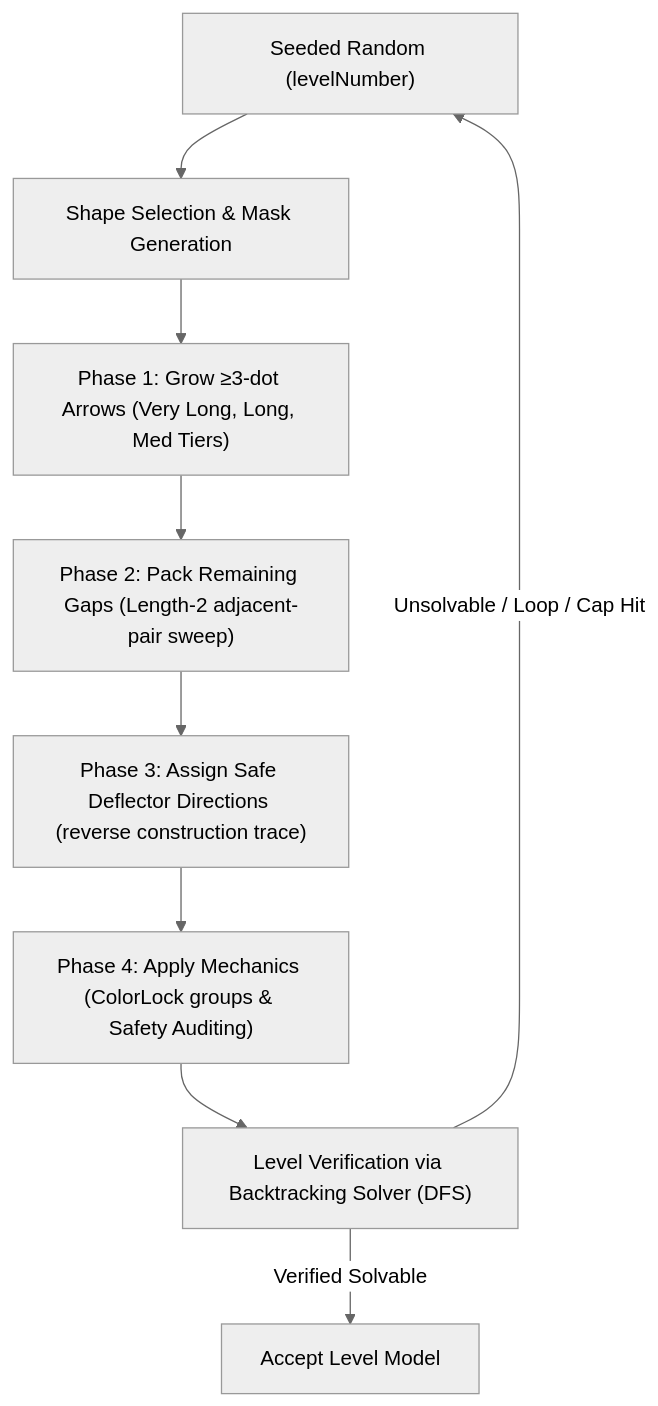
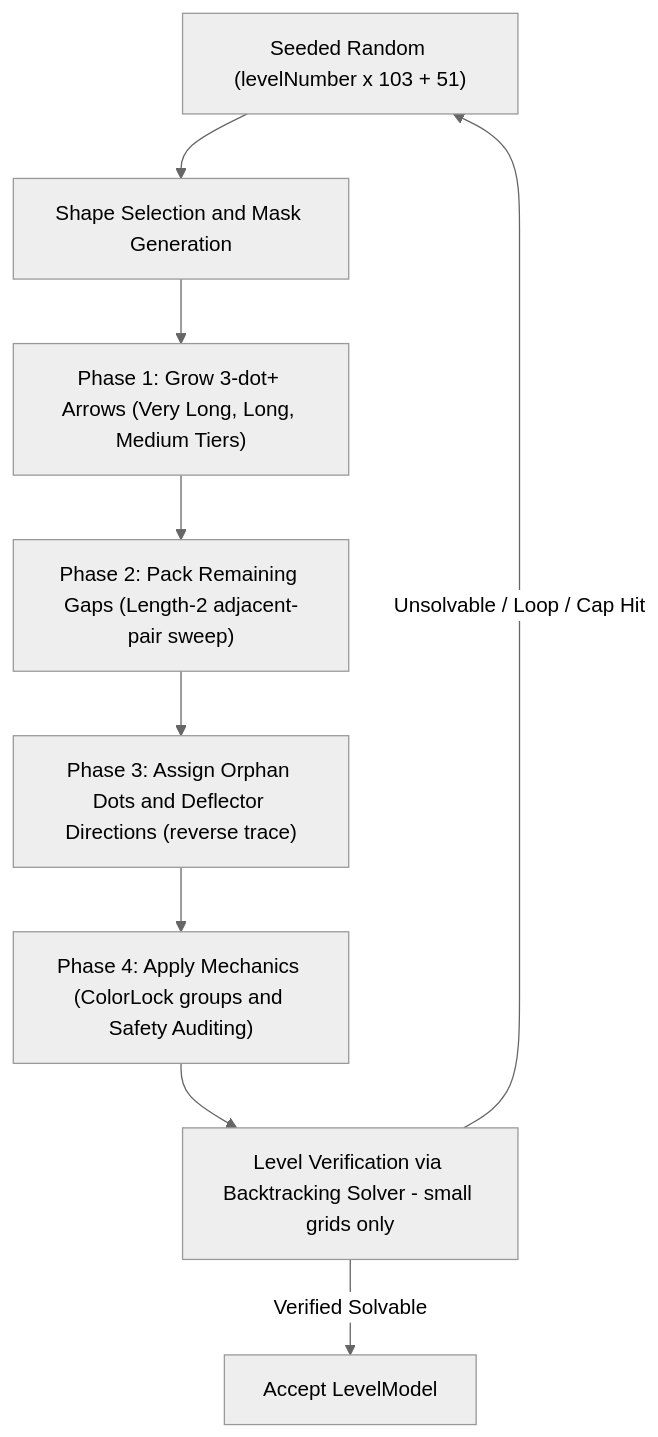
The diagram in README.md (gtxPrime/arrow-escape), drawn with Mermaid (neutral theme) before and after one commit. The commit also changed other lines of this file, not shown here.

First line of the commit message:
docs(readme): comprehensive rewrite with full mechanics, formulas & install guides

````diff
--- a/README.md
+++ b/README.md
@@ -102,11 +360,11 @@
 ```mermaid
 graph TD
-    A["Seeded Random (levelNumber)"] --> B["Shape Selection & Mask Generation"]
-    B --> C["Phase 1: Grow ≥3-dot Arrows (Very Long, Long, Med Tiers)"]
+    A["Seeded Random (levelNumber x 103 + 51)"] --> B["Shape Selection and Mask Generation"]
+    B --> C["Phase 1: Grow 3-dot+ Arrows (Very Long, Long, Medium Tiers)"]
     C --> D["Phase 2: Pack Remaining Gaps (Length-2 adjacent-pair sweep)"]
-    D --> E["Phase 3: Assign Safe Deflector Directions (reverse construction trace)"]
-    E --> F["Phase 4: Apply Mechanics (ColorLock groups & Safety Auditing)"]
-    F --> G["Level Verification via Backtracking Solver (DFS)"]
+    D --> E["Phase 3: Assign Orphan Dots and Deflector Directions (reverse trace)"]
+    E --> F["Phase 4: Apply Mechanics (ColorLock groups and Safety Auditing)"]
+    F --> G["Level Verification via Backtracking Solver - small grids only"]
     G -- "Unsolvable / Loop / Cap Hit" --> A
-    G -- "Verified Solvable" --> H["Accept Level Model"]
+    G -- "Verified Solvable" --> H["Accept LevelModel"]
 ```
````
